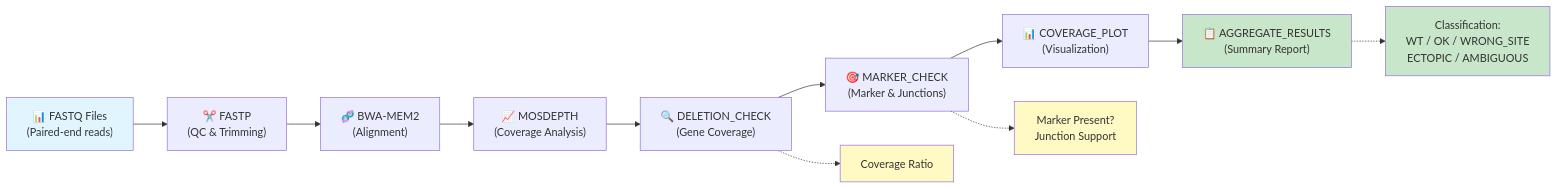
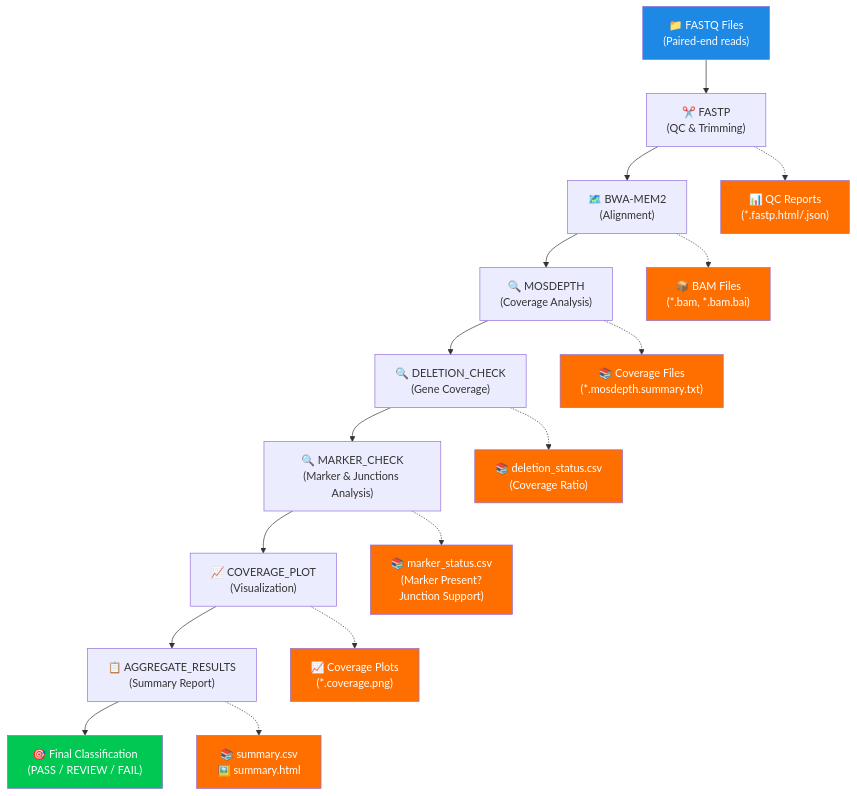
Before and after one commit to meadm/KOCheck: the diagram in PIPELINE_WORKFLOW.md, drawn with Mermaid. The commit also changed 2 other files, not shown here.

Commit message:
change deletion gene criteria and improve pipeline workflow diagram

````diff
--- a/PIPELINE_WORKFLOW.md
+++ b/PIPELINE_WORKFLOW.md
@@ -5,20 +5,29 @@
 ```mermaid
-graph LR
-    A["📊 FASTQ Files<br/>(Paired-end reads)"] --> B["✂️ FASTP<br/>(QC & Trimming)"]
-    B --> C["🧬 BWA-MEM2<br/>(Alignment)"]
-    C --> D["📈 MOSDEPTH<br/>(Coverage Analysis)"]
+graph TD
+    A["📁 FASTQ Files<br/>(Paired-end reads)"] --> B["✂️ FASTP<br/>(QC & Trimming)"]
+    B --> C["🗺️ BWA-MEM2<br/>(Alignment)"]
+    C --> D["🔍 MOSDEPTH<br/>(Coverage Analysis)"]
     D --> E["🔍 DELETION_CHECK<br/>(Gene Coverage)"]
-    E --> F["🎯 MARKER_CHECK<br/>(Marker & Junctions)"]
-    F --> G["📊 COVERAGE_PLOT<br/>(Visualization)"]
+    E --> F["🔍 MARKER_CHECK<br/>(Marker & Junctions Analysis)"]
+    F --> G["📈 COVERAGE_PLOT<br/>(Visualization)"]
     G --> H["📋 AGGREGATE_RESULTS<br/>(Summary Report)"]
+    H --> H2["🎯 Final Classification<br/>(PASS / REVIEW / FAIL)"]
     
-    E -.-> E1["Coverage Ratio"]
-    F -.-> F1["Marker Present?<br/>Junction Support"]
-    H -.-> H1["Classification:<br/>WT / OK / WRONG_SITE<br/>ECTOPIC / AMBIGUOUS"]
+    B -.-> B1["📊 QC Reports<br/>(*.fastp.html/.json)"]
+    C -.-> C1["📦 BAM Files<br/>(*.bam, *.bam.bai)"]
+    D -.-> D1["📚 Coverage Files<br/>(*.mosdepth.summary.txt)"]
+    E -.-> E1["📚 deletion_status.csv<br/>(Coverage Ratio)"]
+    F -.-> F1["📚 marker_status.csv<br/>(Marker Present?<br/>Junction Support)"]
+    G -.-> G1["📈 Coverage Plots<br/>(*.coverage.png)"]
+    H -.-> H1["📚 summary.csv<br/>🖼️ summary.html"]
     
-    style A fill:#e1f5ff
-    style H fill:#c8e6c9
-    style H1 fill:#c8e6c9
-    style E1 fill:#fff9c4
-    style F1 fill:#fff9c4
+    style A fill:#1e88e5,color:#fff
+    style H2 fill:#00c853,color:#fff
+    style B1 fill:#ff6f00,color:#fff
+    style C1 fill:#ff6f00,color:#fff
+    style D1 fill:#ff6f00,color:#fff
+    style E1 fill:#ff6f00,color:#fff
+    style F1 fill:#ff6f00,color:#fff
+    style G1 fill:#ff6f00,color:#fff
+    style H1 fill:#ff6f00,color:#fff
 ```
````
